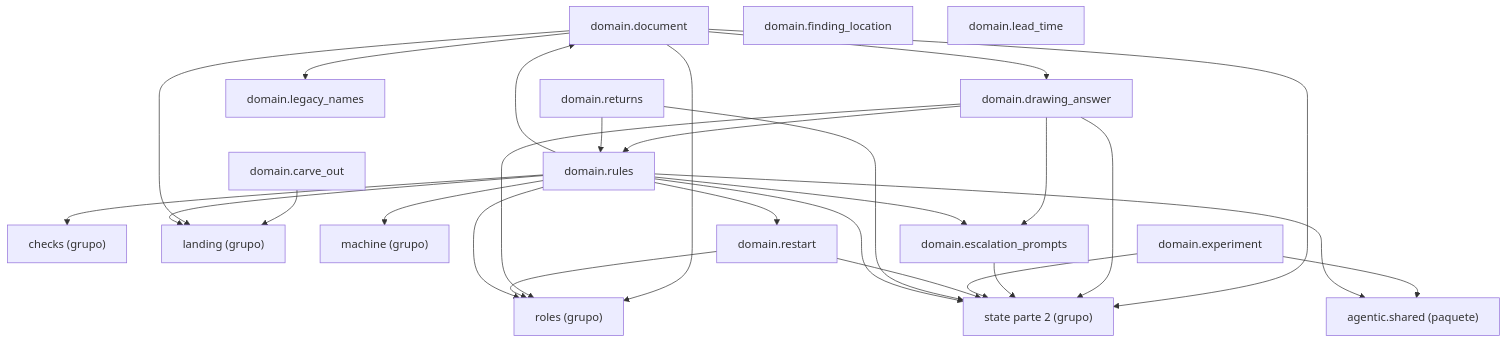
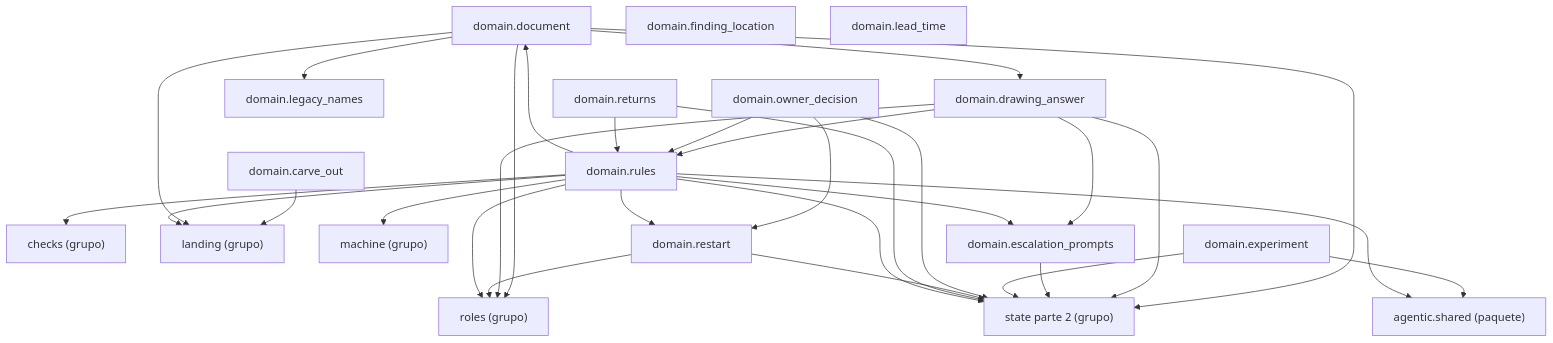
Before and after one commit to GonzaloZevallos/agentic-system: the diagram in docs/architecture/generated/packages-process-domain-state-1.md, drawn with Mermaid. The commit also changed 15 other files, not shown here.

First line of the commit message:
Add the pure owner-decision rules and the resume_target route rule

````diff
--- a/docs/architecture/generated/packages-process-domain-state-1.md
+++ b/docs/architecture/generated/packages-process-domain-state-1.md
@@ -12,46 +12,50 @@
 ```mermaid
 graph TD
     g_domain__checks["checks (grupo)"]
     g_domain__landing["landing (grupo)"]
     g_domain__machine["machine (grupo)"]
     g_domain__roles["roles (grupo)"]
     g_domain__state__2["state parte 2 (grupo)"]
     g_pkg__agentic__shared["agentic.shared (paquete)"]
     m_domain__carve_out["domain.carve_out"]
     m_domain__document["domain.document"]
     m_domain__drawing_answer["domain.drawing_answer"]
     m_domain__escalation_prompts["domain.escalation_prompts"]
     m_domain__experiment["domain.experiment"]
     m_domain__finding_location["domain.finding_location"]
     m_domain__lead_time["domain.lead_time"]
     m_domain__legacy_names["domain.legacy_names"]
+    m_domain__owner_decision["domain.owner_decision"]
     m_domain__restart["domain.restart"]
     m_domain__returns["domain.returns"]
     m_domain__rules["domain.rules"]
     m_domain__carve_out --> g_domain__landing
     m_domain__document --> g_domain__landing
     m_domain__document --> g_domain__roles
     m_domain__document --> g_domain__state__2
     m_domain__document --> m_domain__drawing_answer
     m_domain__document --> m_domain__legacy_names
     m_domain__drawing_answer --> g_domain__roles
     m_domain__drawing_answer --> g_domain__state__2
     m_domain__drawing_answer --> m_domain__escalation_prompts
     m_domain__drawing_answer --> m_domain__rules
     m_domain__escalation_prompts --> g_domain__state__2
     m_domain__experiment --> g_domain__state__2
     m_domain__experiment --> g_pkg__agentic__shared
+    m_domain__owner_decision --> g_domain__state__2
+    m_domain__owner_decision --> m_domain__restart
+    m_domain__owner_decision --> m_domain__rules
     m_domain__restart --> g_domain__roles
     m_domain__restart --> g_domain__state__2
     m_domain__returns --> g_domain__state__2
     m_domain__returns --> m_domain__rules
     m_domain__rules --> g_domain__checks
     m_domain__rules --> g_domain__landing
     m_domain__rules --> g_domain__machine
     m_domain__rules --> g_domain__roles
     m_domain__rules --> g_domain__state__2
     m_domain__rules --> g_pkg__agentic__shared
     m_domain__rules --> m_domain__document
     m_domain__rules --> m_domain__escalation_prompts
     m_domain__rules --> m_domain__restart
 ```
````
